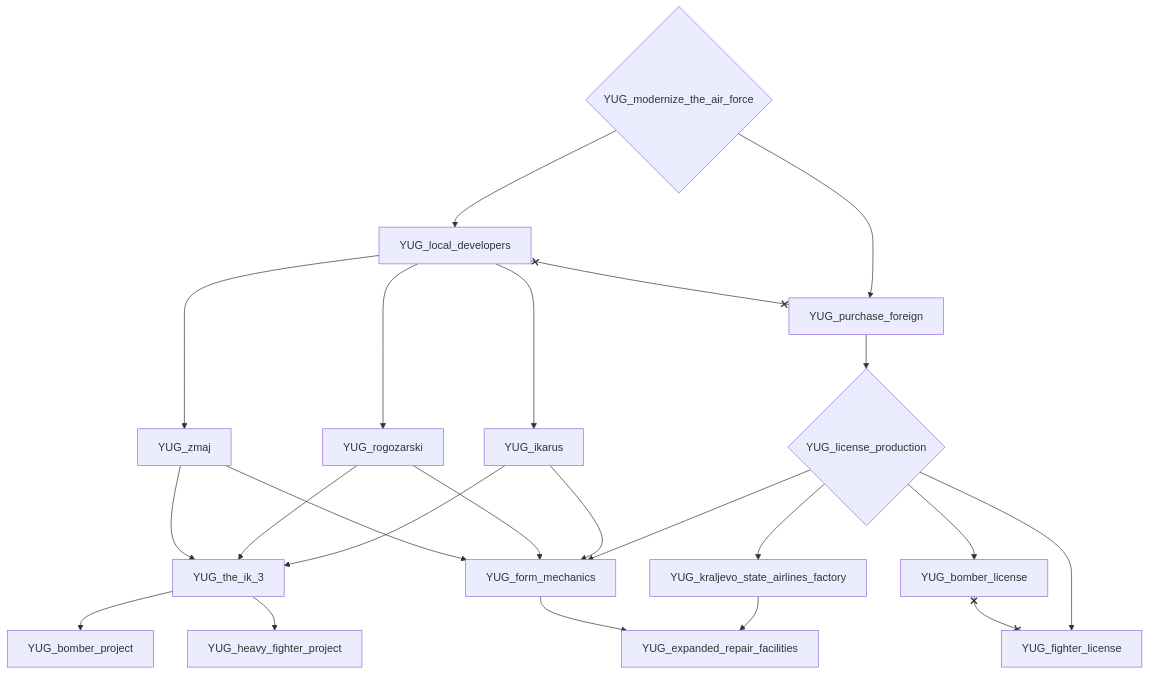
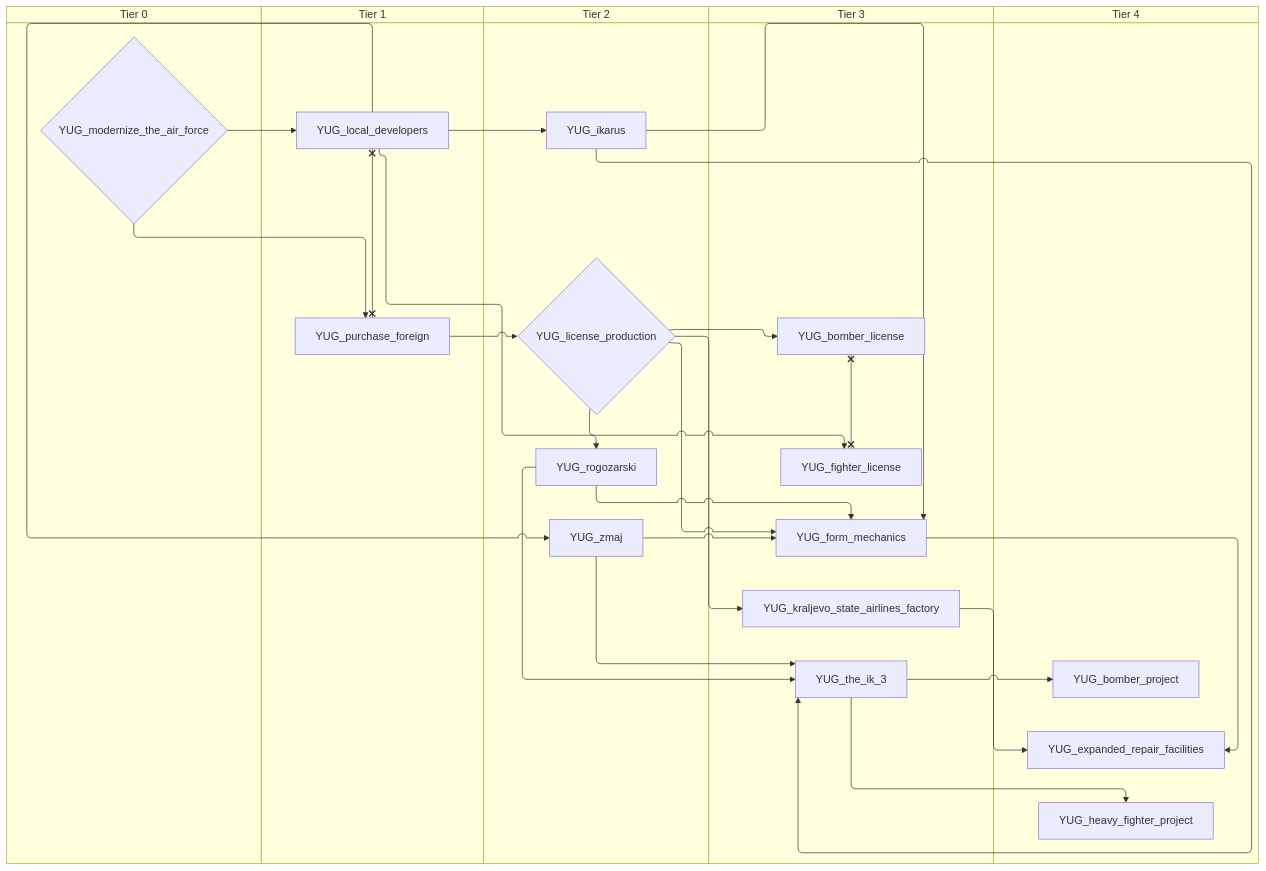
Before and after one commit to evgeny-sobol/hoi4-sandbox-mode-r56: the fifth of 7 diagrams in docs/gdd/National Focuses/yugoslavia.md, drawn with Mermaid. The commit also changed other lines of this file and 423 other files, not shown here.

First line of the commit message:
Re-export Rt56 focus trees as swimlane diagrams

````diff
--- a/docs/gdd/National Focuses/yugoslavia.md
+++ b/docs/gdd/National Focuses/yugoslavia.md
@@ -149,40 +195,50 @@
 ```mermaid
-flowchart TD
-    n48["YUG_bomber_license"]
-    n49["YUG_bomber_project"]
-    n50["YUG_expanded_repair_facilities"]
-    n51["YUG_fighter_license"]
-    n52["YUG_form_mechanics"]
-    n53["YUG_heavy_fighter_project"]
-    n54["YUG_ikarus"]
-    n55["YUG_kraljevo_state_airlines_factory"]
-    n56{"YUG_license_production"}
-    n57["YUG_local_developers"]
-    n58{"YUG_modernize_the_air_force"}
-    n59["YUG_purchase_foreign"]
-    n60["YUG_rogozarski"]
-    n61["YUG_the_ik_3"]
-    n62["YUG_zmaj"]
-    n56 --> n48
-    n61 --> n49
-    n55 --> n50
-    n52 --> n50
-    n56 --> n51
-    n56 --> n52
-    n54 --> n52
-    n60 --> n52
-    n62 --> n52
-    n61 --> n53
-    n57 --> n54
-    n56 --> n55
-    n59 --> n56
-    n58 --> n57
-    n58 --> n59
-    n57 --> n60
-    n54 --> n61
-    n60 --> n61
-    n62 --> n61
-    n57 --> n62
-    n48 x--x n51
-    n57 x--x n59
+swimlane-beta TD
+    subgraph tier_0["Tier 0"]
+        n48{"YUG_modernize_the_air_force"}
+    end
+    subgraph tier_1["Tier 1"]
+        n49["YUG_local_developers"]
+        n50["YUG_purchase_foreign"]
+    end
+    subgraph tier_2["Tier 2"]
+        n51["YUG_ikarus"]
+        n52{"YUG_license_production"}
+        n53["YUG_rogozarski"]
+        n54["YUG_zmaj"]
+    end
+    subgraph tier_3["Tier 3"]
+        n55["YUG_bomber_license"]
+        n56["YUG_fighter_license"]
+        n57["YUG_form_mechanics"]
+        n58["YUG_kraljevo_state_airlines_factory"]
+        n59["YUG_the_ik_3"]
+    end
+    subgraph tier_4["Tier 4"]
+        n60["YUG_bomber_project"]
+        n61["YUG_expanded_repair_facilities"]
+        n62["YUG_heavy_fighter_project"]
+    end
+    n52 --> n55
+    n59 --> n60
+    n58 --> n61
+    n57 --> n61
+    n52 --> n56
+    n52 --> n57
+    n51 --> n57
+    n53 --> n57
+    n54 --> n57
+    n59 --> n62
+    n49 --> n51
+    n52 --> n58
+    n50 --> n52
+    n48 --> n49
+    n48 --> n50
+    n49 --> n53
+    n51 --> n59
+    n53 --> n59
+    n54 --> n59
+    n49 --> n54
+    n55 x--x n56
+    n49 x--x n50
 ```
````
